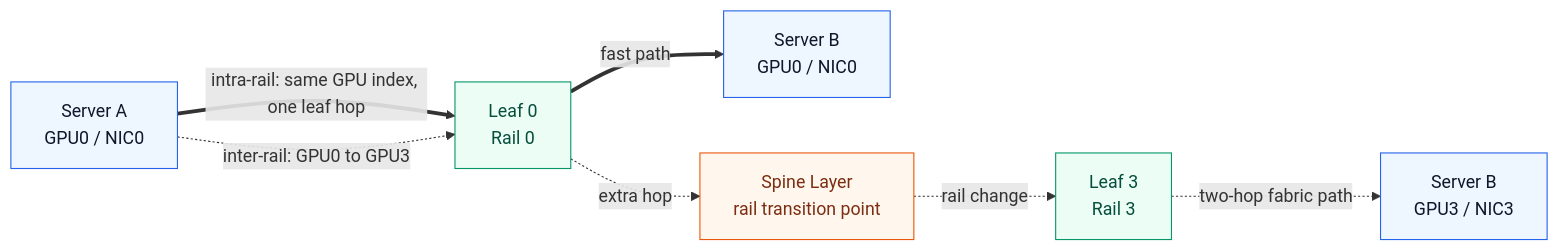
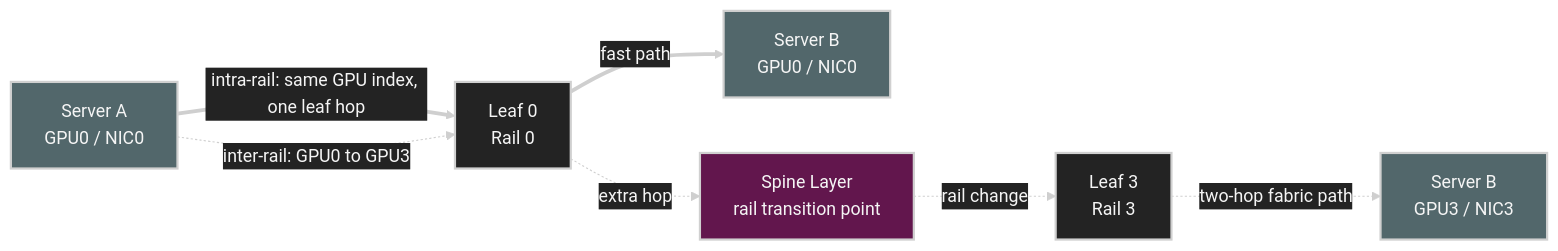
One commit to ziwon/ai-data-center-network changed the fourth of 17 diagrams in ai-data-center-network/chap03/README.md. Above: the diagram before and after it, drawn with Mermaid. The commit also changed other lines of this file and 35 other files, not shown here.

Commit message:
docs(mermaid): apply dark diagram style

````diff
--- a/ai-data-center-network/chap03/README.md
+++ b/ai-data-center-network/chap03/README.md
@@ -312,24 +315,25 @@
 ```mermaid
+%%{init: {"theme": "base", "themeVariables": {"background": "#171717", "primaryColor": "#232323", "primaryTextColor": "#f5f5f5", "primaryBorderColor": "#d0d0d0", "lineColor": "#cfcfcf", "fontFamily": "Inter, Arial, sans-serif"}}}%%
 flowchart LR
-    classDef gpu fill:#eef6ff,stroke:#2563eb,color:#0f172a
-    classDef leaf fill:#ecfdf5,stroke:#059669,color:#064e3b
-    classDef spine fill:#fff7ed,stroke:#ea580c,color:#7c2d12
-    classDef fast stroke:#059669,stroke-width:3px
-    classDef slow stroke:#ea580c,stroke-width:2px,stroke-dasharray:6 4
+    classDef gpu fill:#52676b,stroke:#d0d0d0,color:#f5f5f5,stroke-width:2px;
+    classDef leaf fill:#232323,stroke:#d0d0d0,color:#f5f5f5,stroke-width:2px;
+    classDef spine fill:#62164d,stroke:#d0d0d0,color:#f5f5f5,stroke-width:2px;
+    classDef fast fill:#173f32,stroke:#d0d0d0,color:#f5f5f5,stroke-width:2px;
+    classDef slow fill:#62164d,stroke:#d0d0d0,color:#f5f5f5,stroke-width:2px;
 
     A0[Server A<br/>GPU0 / NIC0]:::gpu
     L0[Leaf 0<br/>Rail 0]:::leaf
     B0[Server B<br/>GPU0 / NIC0]:::gpu
 
     L3[Leaf 3<br/>Rail 3]:::leaf
     SP[Spine Layer<br/>rail transition point]:::spine
     B3[Server B<br/>GPU3 / NIC3]:::gpu
 
     A0 ==>|intra-rail: same GPU index, one leaf hop| L0
     L0 ==>|fast path| B0
 
     A0 -.->|inter-rail: GPU0 to GPU3| L0
     L0 -.->|extra hop| SP
     SP -.->|rail change| L3
     L3 -.->|two-hop fabric path| B3
 ```
````
